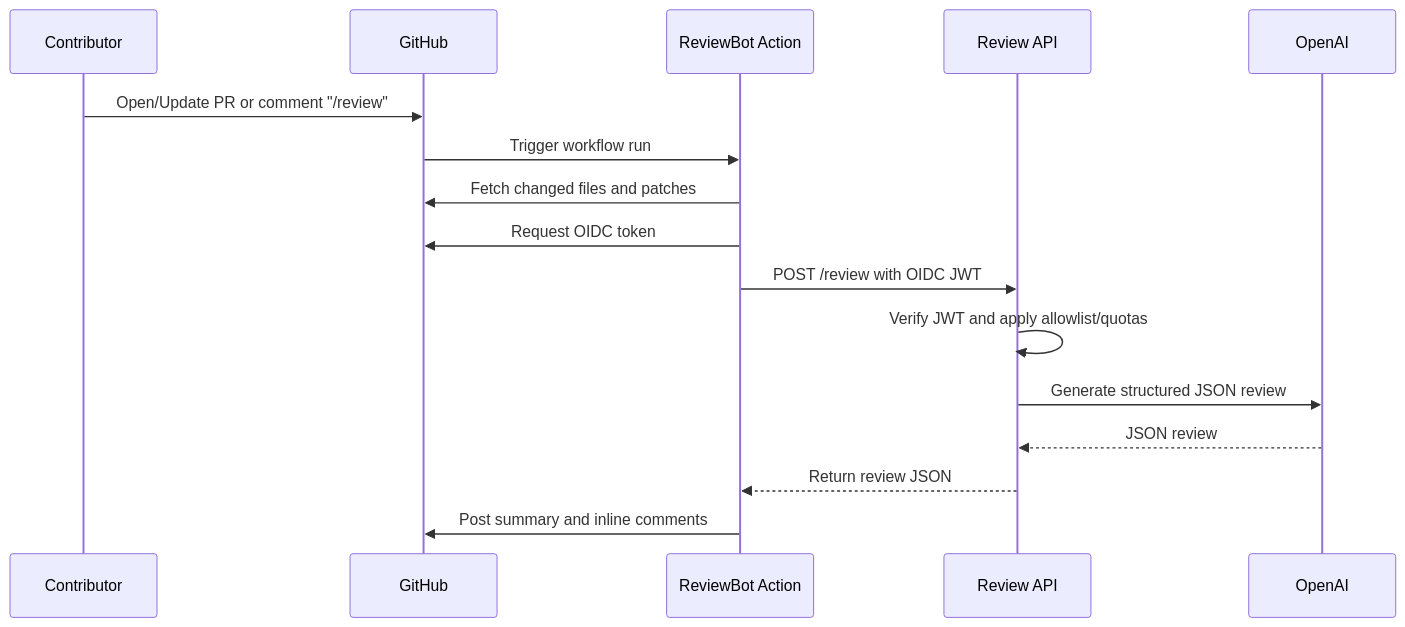
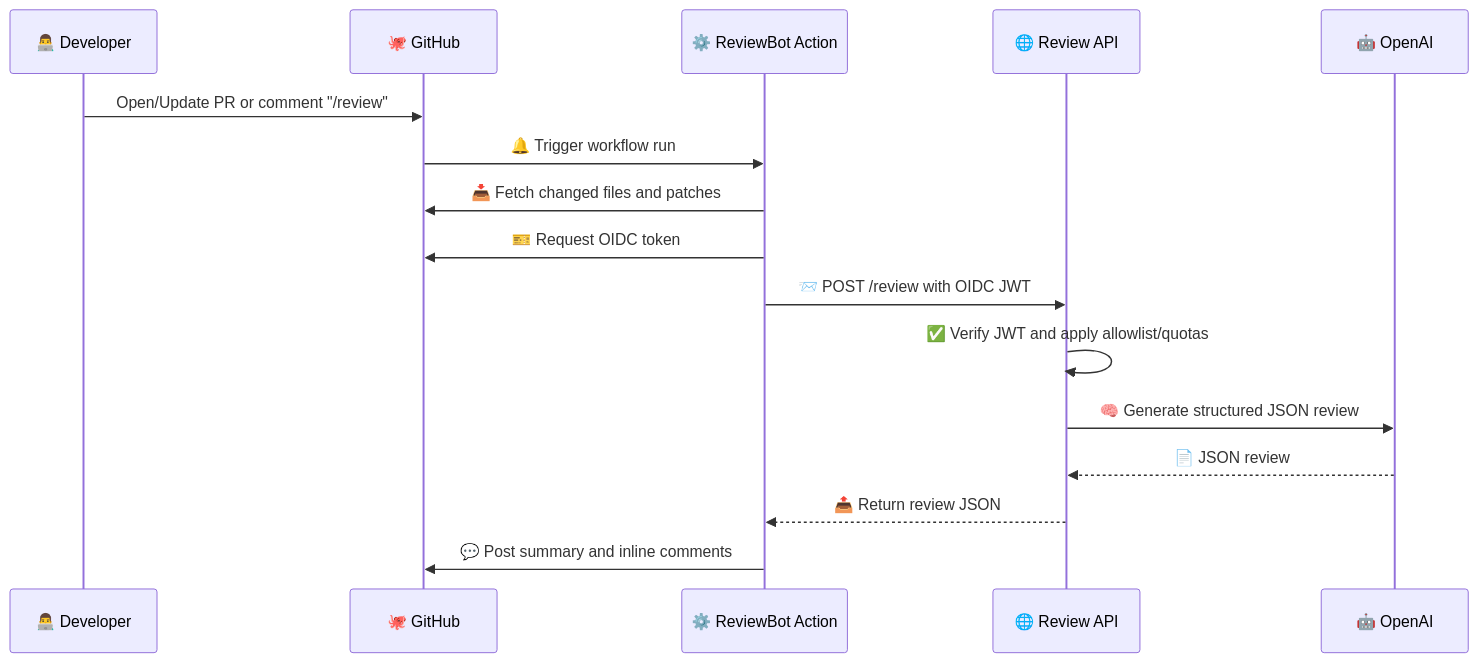
The second of 2 diagrams in README.md (Twist-Turn/ai-code-review-assistant), drawn with Mermaid before and after one commit. The commit also changed other lines of this file, not shown here.

````diff
--- a/README.md
+++ b/README.md
@@ -29,19 +49,19 @@
 ```mermaid
 sequenceDiagram
-  participant Dev as Contributor
-  participant GH as GitHub
-  participant Action as ReviewBot Action
-  participant API as Review API
-  participant OAI as OpenAI
+  participant Dev as 👨‍💻 Developer
+  participant GH as 🐙 GitHub
+  participant Action as ⚙️ ReviewBot Action
+  participant API as 🌐 Review API
+  participant OAI as 🤖 OpenAI
 
   Dev->>GH: Open/Update PR or comment "/review"
-  GH->>Action: Trigger workflow run
-  Action->>GH: Fetch changed files and patches
-  Action->>GH: Request OIDC token
-  Action->>API: POST /review with OIDC JWT
-  API->>API: Verify JWT and apply allowlist/quotas
-  API->>OAI: Generate structured JSON review
-  OAI-->>API: JSON review
-  API-->>Action: Return review JSON
-  Action->>GH: Post summary and inline comments
+  GH->>Action: 🔔 Trigger workflow run
+  Action->>GH: 📥 Fetch changed files and patches
+  Action->>GH: 🎫 Request OIDC token
+  Action->>API: 📨 POST /review with OIDC JWT
+  API->>API: ✅ Verify JWT and apply allowlist/quotas
+  API->>OAI: 🧠 Generate structured JSON review
+  OAI-->>API: 📄 JSON review
+  API-->>Action: 📤 Return review JSON
+  Action->>GH: 💬 Post summary and inline comments
 ```
````
